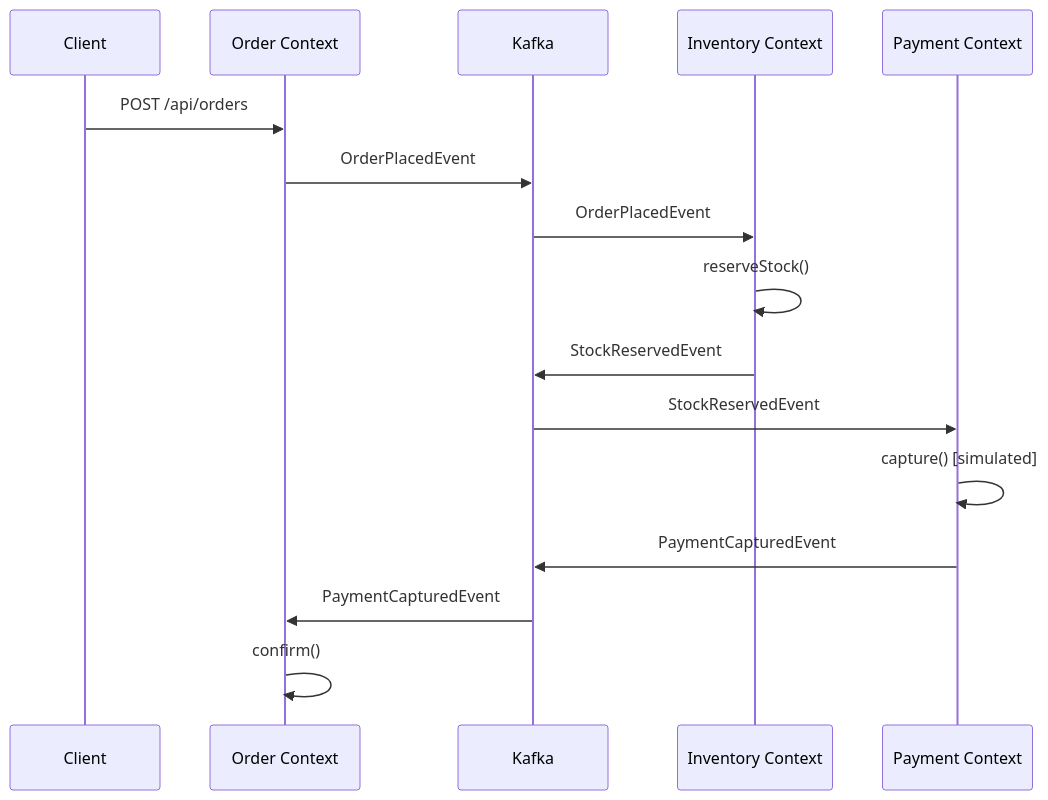
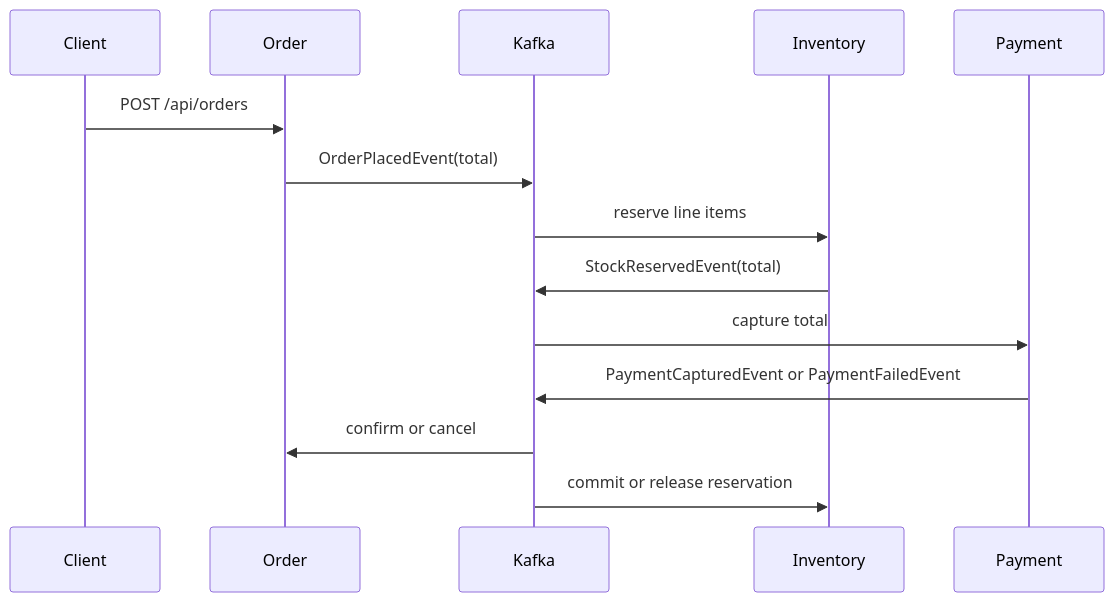
The second of 2 diagrams in 01-decomposition/01a-domain-driven-decomposition/README.md (tungnath/micarch), drawn with Mermaid before and after one commit. The commit also changed other lines of this file and 21 other files, not shown here.

````diff
--- a/01-decomposition/01a-domain-driven-decomposition/README.md
+++ b/01-decomposition/01a-domain-driven-decomposition/README.md
@@ -42,19 +31,16 @@
 ```mermaid
 sequenceDiagram
     participant Client
-    participant Order as Order Context
+    participant Order
     participant Kafka
-    participant Inventory as Inventory Context
-    participant Payment as Payment Context
-
+    participant Inventory
+    participant Payment
     Client->>Order: POST /api/orders
-    Order->>Kafka: OrderPlacedEvent
-    Kafka->>Inventory: OrderPlacedEvent
-    Inventory->>Inventory: reserveStock()
-    Inventory->>Kafka: StockReservedEvent
-    Kafka->>Payment: StockReservedEvent
-    Payment->>Payment: capture() [simulated]
-    Payment->>Kafka: PaymentCapturedEvent
-    Kafka->>Order: PaymentCapturedEvent
-    Order->>Order: confirm()
+    Order->>Kafka: OrderPlacedEvent(total)
+    Kafka->>Inventory: reserve line items
+    Inventory->>Kafka: StockReservedEvent(total)
+    Kafka->>Payment: capture total
+    Payment->>Kafka: PaymentCapturedEvent or PaymentFailedEvent
+    Kafka->>Order: confirm or cancel
+    Kafka->>Inventory: commit or release reservation
 ```
````
